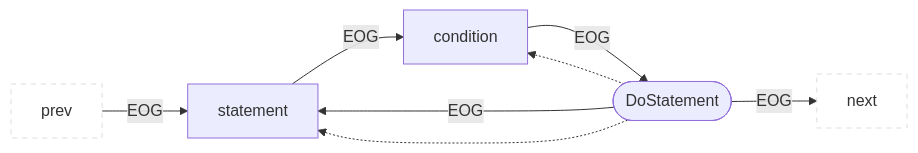
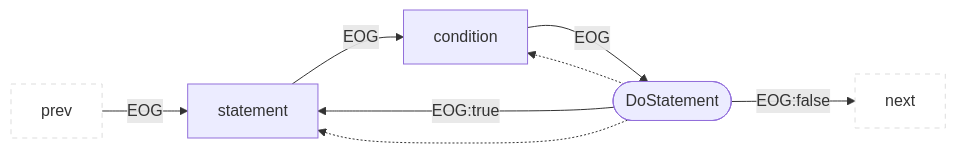
One commit to Fraunhofer-AISEC/cpg changed diagram 31 of 36 in cpg-core/specifications/eog.md. Above: the diagram before and after it, drawn with Mermaid. The commit also changed other lines of this file, not shown here.

````diff
--- a/cpg-core/specifications/eog.md
+++ b/cpg-core/specifications/eog.md
@@ -412,12 +412,12 @@
 ```mermaid
 flowchart LR
   classDef outer fill:#fff,stroke:#ddd,stroke-dasharray:5 5;
   prev:::outer --EOG--> child1["statement"]
   child1 --EOG--> child2["condition"]
   child2 --EOG--> parent(["DoStatement"])
-  parent --EOG--> next:::outer
-  parent --EOG--> child1
+  parent --EOG:false--> next:::outer
+  parent --EOG:true--> child1
   parent -.-> child1
   parent -.-> child2
 
 ```
````
